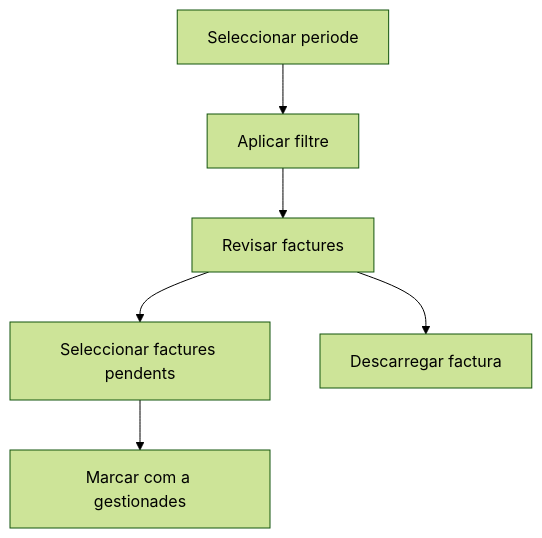
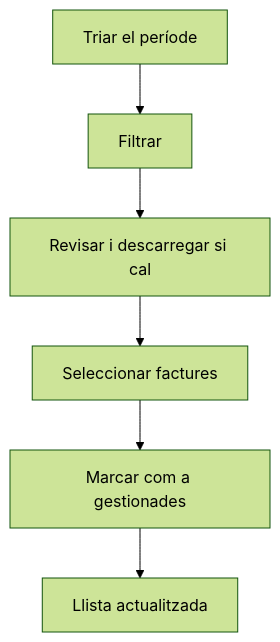
Before and after one commit to MGurtD/lilith: the diagram in frontend/src/help/ca/sales/salesinvoice/by-period.md, drawn with Mermaid (forest theme). The commit also changed other lines of this file and 331 other files, not shown here.

````diff
--- a/frontend/src/help/ca/sales/salesinvoice/by-period.md
+++ b/frontend/src/help/ca/sales/salesinvoice/by-period.md
@@ -41,8 +45,8 @@
 ```mermaid
 flowchart TD
-    A[Seleccionar periode] --> B[Aplicar filtre]
-    B --> C[Revisar factures]
-    C --> D[Seleccionar factures pendents]
+    A[Triar el període] --> B[Filtrar]
+    B --> C[Revisar i descarregar si cal]
+    C --> D[Seleccionar factures]
     D --> E[Marcar com a gestionades]
-    C --> F[Descarregar factura]
+    E --> F[Llista actualitzada]
 ```
````
